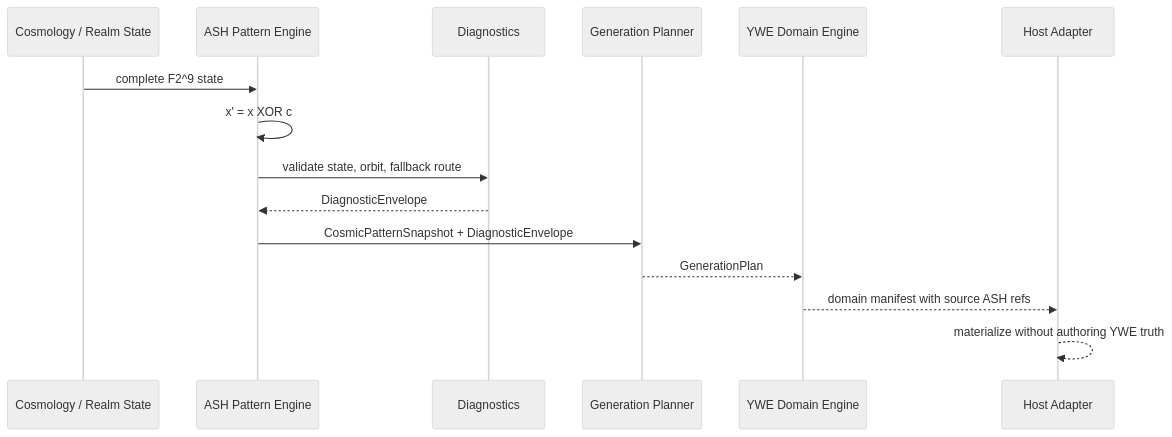
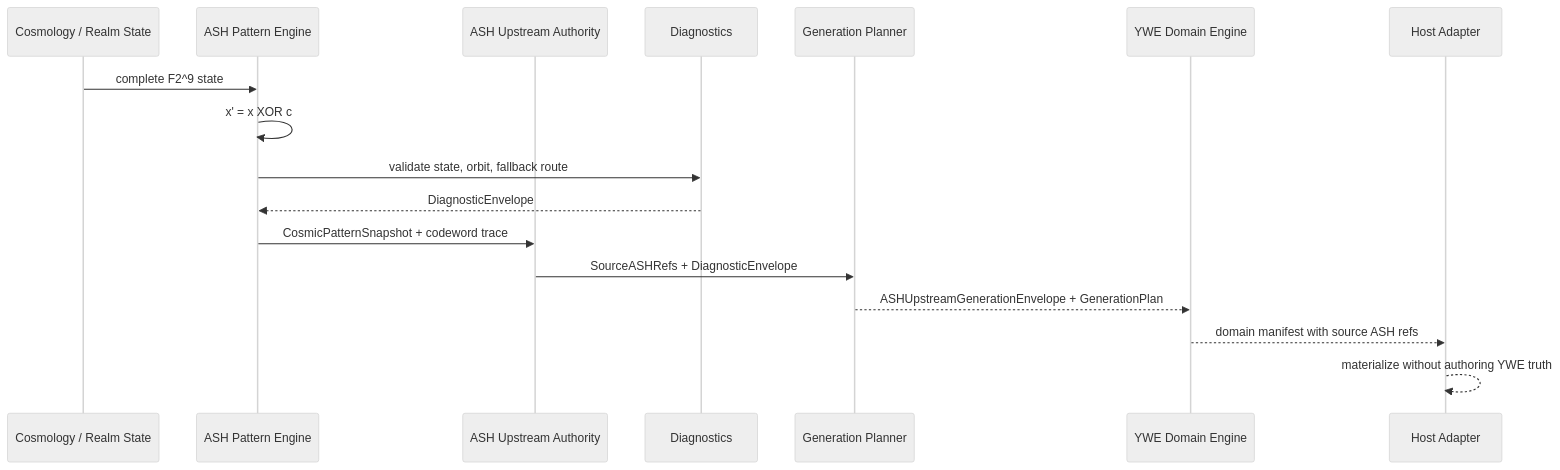
Before and after one commit to flynn33/yggdrasil-world-engine: the second of 2 diagrams in README.md, drawn with Mermaid (neutral theme). The commit also changed other lines of this file and 27 other files, not shown here.

Commit message:
Add ASH upstream authority contract

````diff
--- a/README.md
+++ b/README.md
@@ -127,18 +150,20 @@
 ```mermaid
 sequenceDiagram
   participant C as Cosmology / Realm State
   participant A as ASH Pattern Engine
+  participant U as ASH Upstream Authority
   participant D as Diagnostics
   participant P as Generation Planner
   participant Y as YWE Domain Engine
   participant H as Host Adapter
 
   C->>A: complete F2^9 state
   A->>A: x' = x XOR c
   A->>D: validate state, orbit, fallback route
   D-->>A: DiagnosticEnvelope
-  A->>P: CosmicPatternSnapshot + DiagnosticEnvelope
-  P-->>Y: GenerationPlan
+  A->>U: CosmicPatternSnapshot + codeword trace
+  U->>P: SourceASHRefs + DiagnosticEnvelope
+  P-->>Y: ASHUpstreamGenerationEnvelope + GenerationPlan
   Y-->>H: domain manifest with source ASH refs
   H-->>H: materialize without authoring YWE truth
 ```
````
